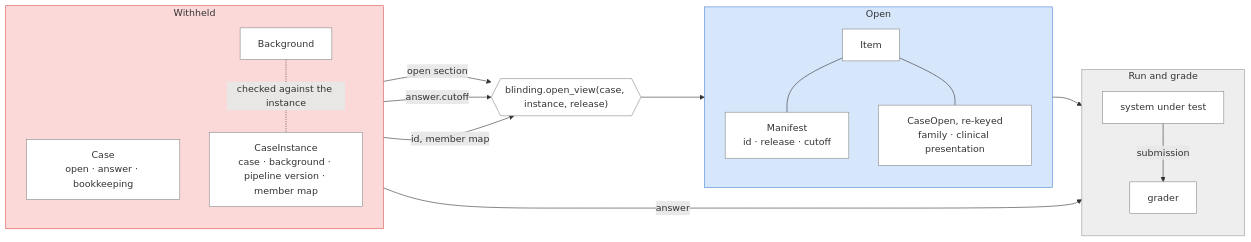
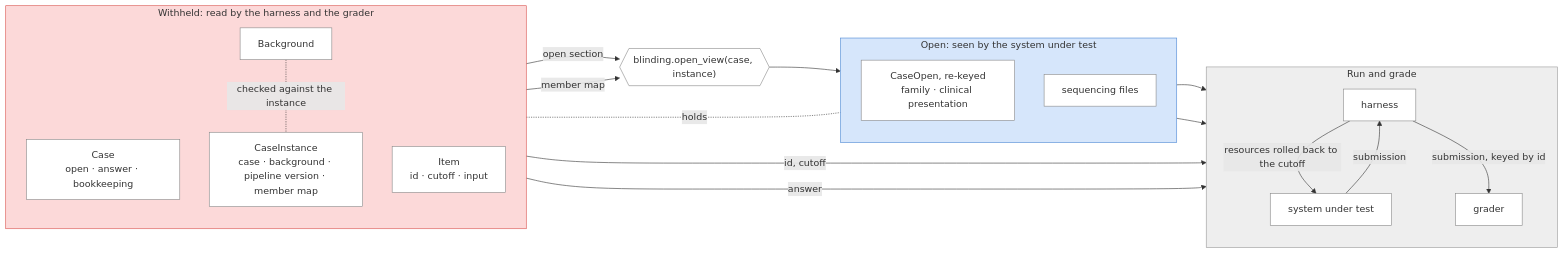
One commit to populationgenomics/rare-disease-benchmark changed the third of 3 diagrams in docs/schema.md. Above: the diagram before and after it, drawn with Mermaid. The commit also changed other lines of this file and 10 other files, not shown here.

First line of the commit message:
schema: open means what the system under test sees

````diff
--- a/docs/schema.md
+++ b/docs/schema.md
@@ -303,40 +297,43 @@
 ```mermaid
 flowchart LR
-    subgraph W["Withheld"]
+    subgraph W["Withheld: read by the harness and the grader"]
         direction TB
         CASE["Case<br/>open · answer · bookkeeping"]
         INST["CaseInstance<br/>case · background · pipeline version · member map"]
         BG["Background"]
+        ITEM["Item<br/>id · cutoff · input"]
     end
 
-    OV{{"blinding.open_view(case, instance, release)"}}
+    OV{{"blinding.open_view(case, instance)"}}
 
-    subgraph O["Open"]
+    subgraph O["Open: seen by the system under test"]
         direction TB
-        ITEM["Item"]
-        MAN["Manifest<br/>id · release · cutoff"]
         INPUT["CaseOpen, re-keyed<br/>family · clinical presentation"]
-        ITEM --- MAN
-        ITEM --- INPUT
+        FILES["sequencing files"]
     end
 
     subgraph G["Run and grade"]
         direction TB
+        HARNESS["harness"]
         SUT["system under test"]
         GRADER["grader"]
     end
 
     CASE -- "open section" --> OV
-    CASE -- "answer.cutoff" --> OV
-    INST -- "id, member map" --> OV
+    INST -- "member map" --> OV
     BG -. "checked against the instance" .- INST
-    OV --> ITEM
-    ITEM --> SUT
-    SUT -- "submission" --> GRADER
+    OV --> INPUT
+    ITEM -. "holds" .- INPUT
+    ITEM -- "id, cutoff" --> HARNESS
+    INPUT --> SUT
+    FILES --> SUT
+    HARNESS -- "resources rolled back to the cutoff" --> SUT
+    SUT -- "submission" --> HARNESS
+    HARNESS -- "submission, keyed by id" --> GRADER
     CASE -- "answer" --> GRADER
 
     classDef default fill:#ffffff,stroke:#888888
     style W fill:#fcd9d9,stroke:#d9534f
     style O fill:#d6e6fb,stroke:#4a86d4
     style G fill:#eeeeee,stroke:#999999
 ```
````
